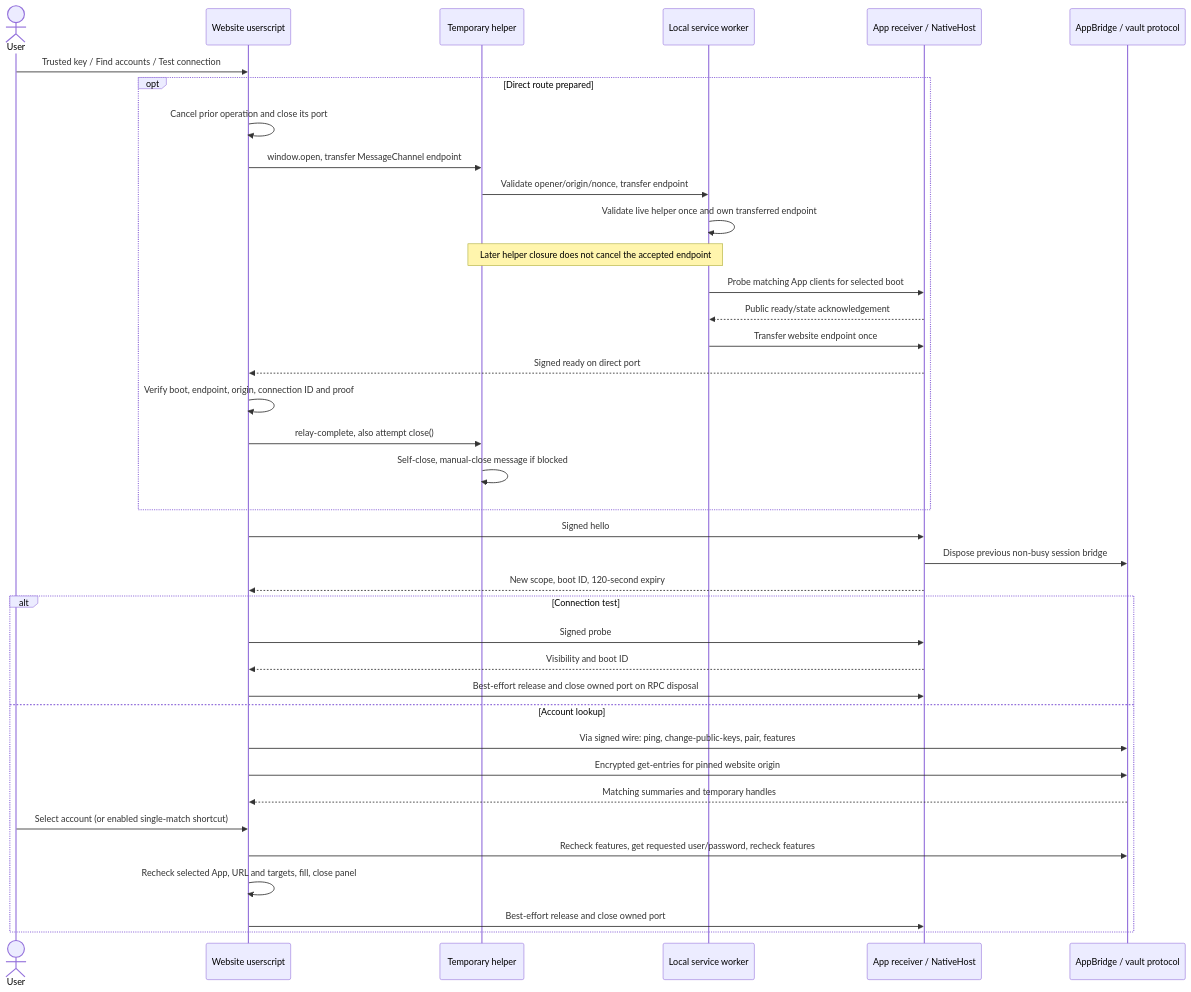
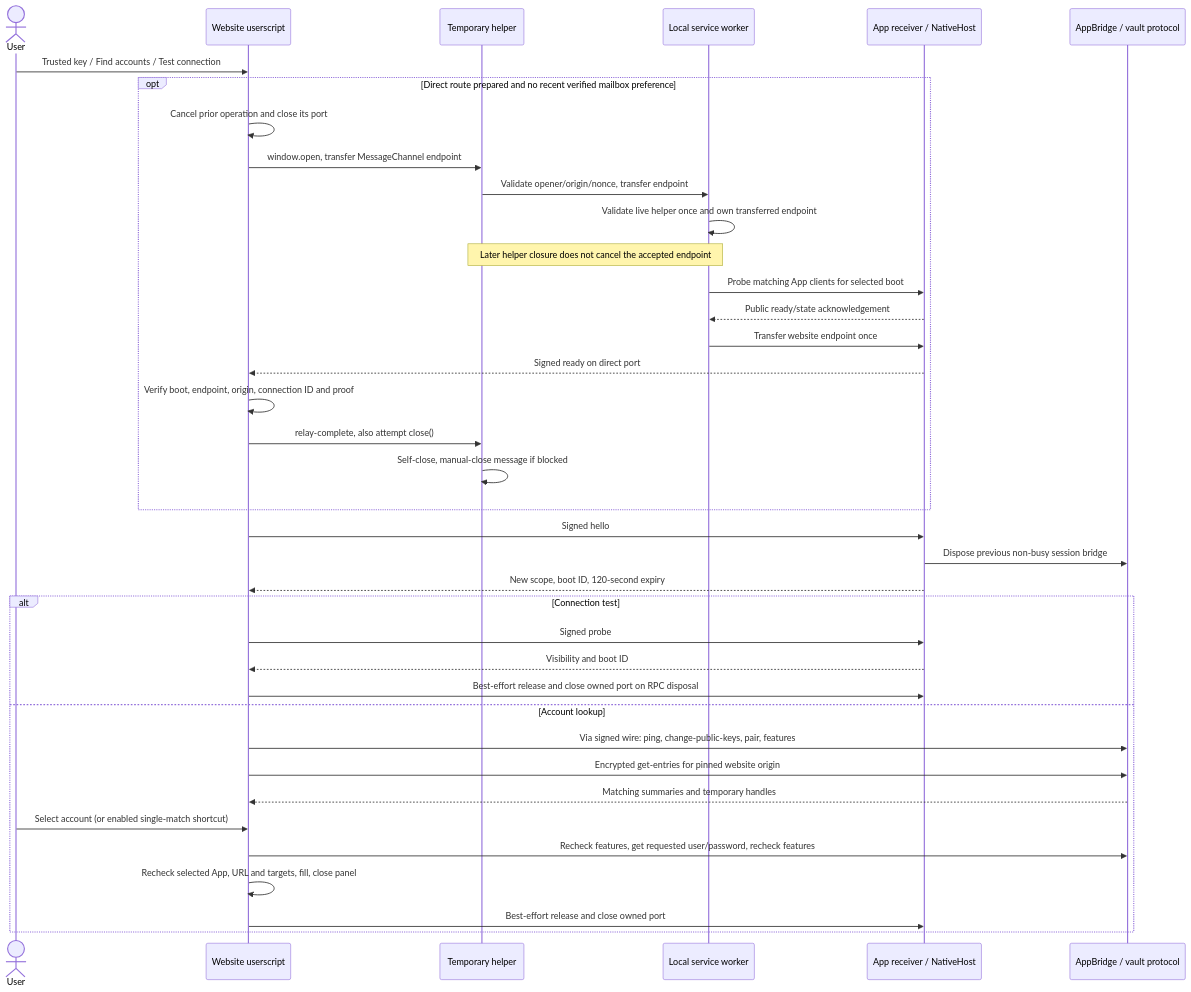
The second of 3 diagrams in modules/extension/userscript/docs/connection-architecture.md (gynet/keewebx), drawn with Mermaid before and after one commit. The commit also changed other lines of this file and 24 other files, not shown here.

````diff
--- a/modules/extension/userscript/docs/connection-architecture.md
+++ b/modules/extension/userscript/docs/connection-architecture.md
@@ -79,40 +81,40 @@
 ```mermaid
 sequenceDiagram
     actor User
     participant Site as Website userscript
     participant Helper as Temporary helper
     participant SW as Local service worker
     participant Host as App receiver / NativeHost
     participant Vault as AppBridge / vault protocol
     User->>Site: Trusted key / Find accounts / Test connection
-    opt Direct route prepared
+    opt Direct route prepared and no recent verified mailbox preference
         Site->>Site: Cancel prior operation and close its port
         Site->>Helper: window.open, transfer MessageChannel endpoint
         Helper->>SW: Validate opener/origin/nonce, transfer endpoint
         SW->>SW: Validate live helper once and own transferred endpoint
         Note over Helper,SW: Later helper closure does not cancel the accepted endpoint
         SW->>Host: Probe matching App clients for selected boot
         Host-->>SW: Public ready/state acknowledgement
         SW->>Host: Transfer website endpoint once
         Host-->>Site: Signed ready on direct port
         Site->>Site: Verify boot, endpoint, origin, connection ID and proof
         Site->>Helper: relay-complete, also attempt close()
         Helper->>Helper: Self-close, manual-close message if blocked
     end
     Site->>Host: Signed hello
     Host->>Vault: Dispose previous non-busy session bridge
     Host-->>Site: New scope, boot ID, 120-second expiry
     alt Connection test
         Site->>Host: Signed probe
         Host-->>Site: Visibility and boot ID
         Site->>Host: Best-effort release and close owned port on RPC disposal
     else Account lookup
         Site->>Vault: Via signed wire: ping, change-public-keys, pair, features
         Site->>Vault: Encrypted get-entries for pinned website origin
         Vault-->>Site: Matching summaries and temporary handles
         User->>Site: Select account (or enabled single-match shortcut)
         Site->>Vault: Recheck features, get requested user/password, recheck features
         Site->>Site: Recheck selected App, URL and targets, fill, close panel
         Site->>Host: Best-effort release and close owned port
     end
 ```
````
